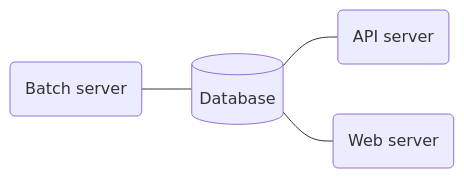
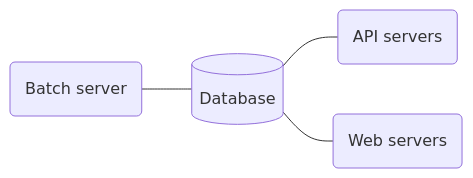
The diagram in README.md (royllo/explorer), drawn with Mermaid before and after one commit. The commit also changed other lines of this file, not shown here.

Commit message:
Improve readme

````diff
--- a/README.md
+++ b/README.md
@@ -23,6 +23,6 @@
 ```mermaid
 graph LR
     BatchServer(Batch server) --- database[(Database)];
-    database[(Database)] --- APIServer(API server);
-    database[(Database)] --- WebServer(Web server);
+    database[(Database)] --- APIServers(API servers);
+    database[(Database)] --- WebServers(Web servers);
 ```
````
